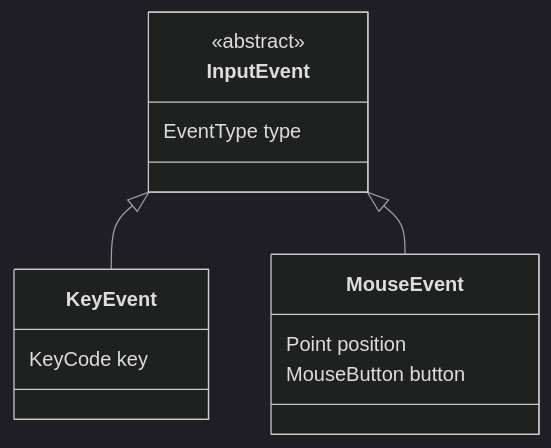
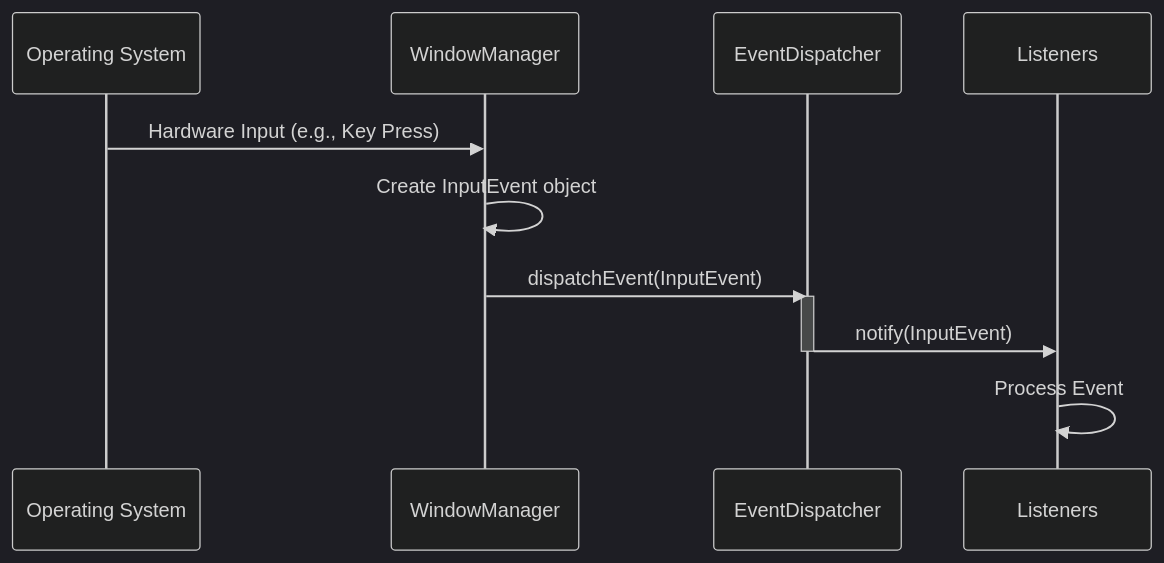
Before and after one commit to lukaszj321/otcv8-dev: the diagram in docs/authoring/qa/inputevent.mmd, drawn with Mermaid. The commit also changed 12 other files, not shown here.

First line of the commit message:
diagramy part 3

```diff
--- a/docs/authoring/qa/inputevent.mmd
+++ b/docs/authoring/qa/inputevent.mmd
@@ -1,15 +1,14 @@
-%%{init: {'theme':'dark','themeVariables':{'primaryTextColor':'#ddd','lineColor':'#9aa0a6'},'securityLevel':'loose'}}%%
-classDiagram
-    class InputEvent {
-        <<abstract>>
-        EventType type
-    }
-    class KeyEvent {
-        KeyCode key
-    }
-    class MouseEvent {
-        Point position
-        MouseButton button
-    }
-    InputEvent <|-- KeyEvent
-    InputEvent <|-- MouseEvent
+%%{init: {'theme':'dark','themeVariables':{'primaryTextColor':'#ddd','lineColor':'#9aa0a6'}}}%%
+sequenceDiagram
+    participant OS as Operating System
+    participant Window as WindowManager
+    participant Dispatcher as EventDispatcher
+    participant Listeners
+
+    OS->>Window: Hardware Input (e.g., Key Press)
+    Window->>Window: Create InputEvent object
+    Window->>Dispatcher: dispatchEvent(InputEvent)
+    activate Dispatcher
+    Dispatcher->>Listeners: notify(InputEvent)
+    deactivate Dispatcher
+    Listeners->>Listeners: Process Event
```
